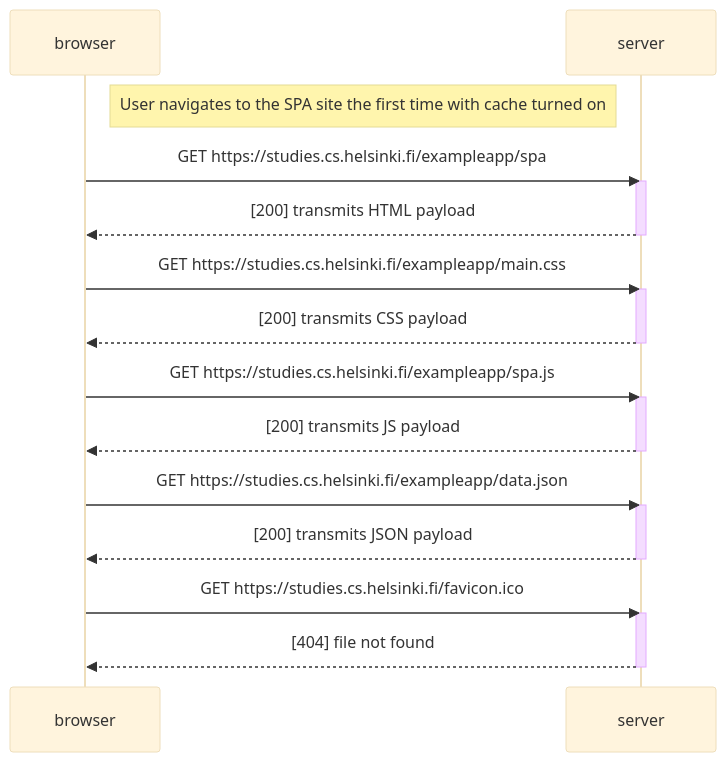
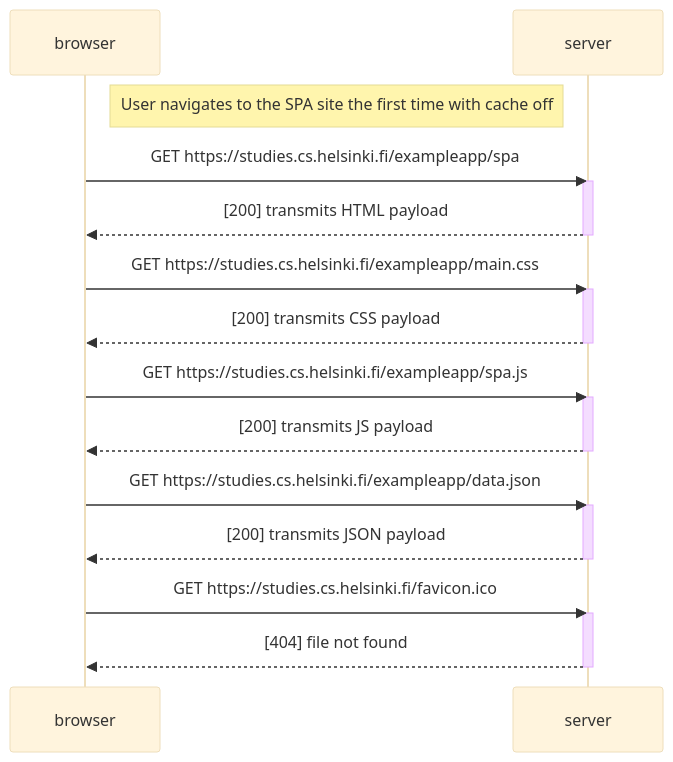
Before and after one commit to k-zhou/FullStackOpen: the diagram in 0_5_diagram.md, drawn with Mermaid (base theme).

Commit message:
fixes ex. 0.5

````diff
--- a/0_5_diagram.md
+++ b/0_5_diagram.md
@@ -1,33 +1,33 @@
 ```mermaid
 sequenceDiagram
     participant browser
     participant server
 
-    Note right of browser: User navigates to the SPA site the first time with cache turned on
+    Note right of browser: User navigates to the SPA site the first time with cache off
 
     browser->>server:   GET https://studies.cs.helsinki.fi/exampleapp/spa
     activate server
     server-->>browser:  [200] transmits HTML payload
     deactivate server
 
     browser->>server:   GET https://studies.cs.helsinki.fi/exampleapp/main.css
     activate server
     server-->>browser:  [200] transmits CSS payload
     deactivate server
 
     browser->>server:   GET https://studies.cs.helsinki.fi/exampleapp/spa.js
     activate server
     server-->>browser:  [200] transmits JS payload
     deactivate server
 
     browser->>server:   GET https://studies.cs.helsinki.fi/exampleapp/data.json
     activate server
     server-->>browser:  [200] transmits JSON payload
     deactivate server
 
     browser->>server:   GET https://studies.cs.helsinki.fi/favicon.ico
     activate server
     server-->>browser:  [404] file not found
     deactivate server
 
 ```
````
